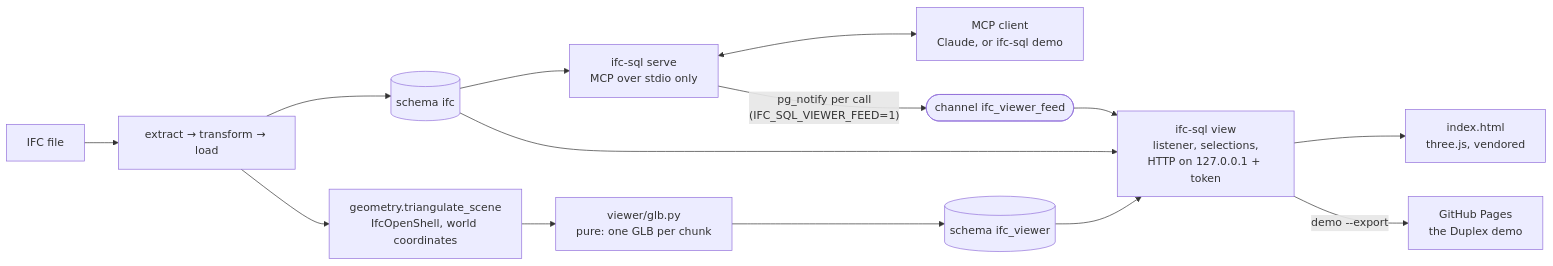
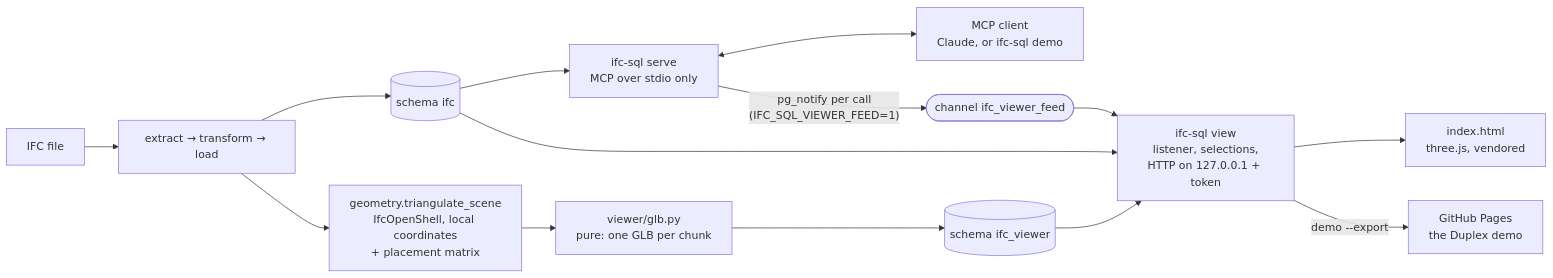
Before and after one commit to gewoonkees132/Ifc_Sql_Mcp: the diagram in docs/plans/2026-11-ifc-viewer.md, drawn with Mermaid. The commit also changed other lines of this file, not shown here.

````diff
--- a/docs/plans/2026-11-ifc-viewer.md
+++ b/docs/plans/2026-11-ifc-viewer.md
@@ -42,14 +44,14 @@
 ```mermaid
 flowchart LR
     ifc["IFC file"] --> extract["extract → transform → load"] --> db[("schema ifc")]
-    extract --> tri["geometry.triangulate_scene<br/>IfcOpenShell, world coordinates"]
+    extract --> tri["geometry.triangulate_scene<br/>IfcOpenShell, local coordinates<br/>+ placement matrix"]
     tri --> glb["viewer/glb.py<br/>pure: one GLB per chunk"] --> scene[("schema ifc_viewer")]
     db --> serve["ifc-sql serve<br/>MCP over stdio only"]
     serve <--> client["MCP client<br/>Claude, or ifc-sql demo"]
     serve -- "pg_notify per call<br/>(IFC_SQL_VIEWER_FEED=1)" --> chan(["channel ifc_viewer_feed"])
     chan --> view["ifc-sql view<br/>listener, selections,<br/>HTTP on 127.0.0.1 + token"]
     scene --> view
     db --> view
     view --> page["index.html<br/>three.js, vendored"]
     view -- "demo --export" --> pages["GitHub Pages<br/>the Duplex demo"]
 ```
````
